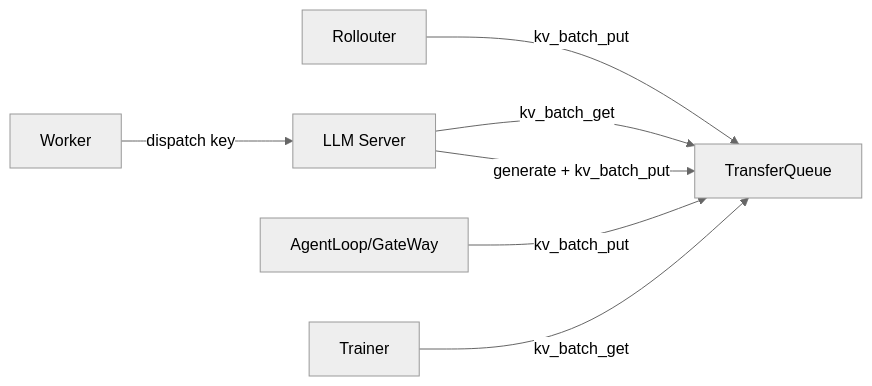
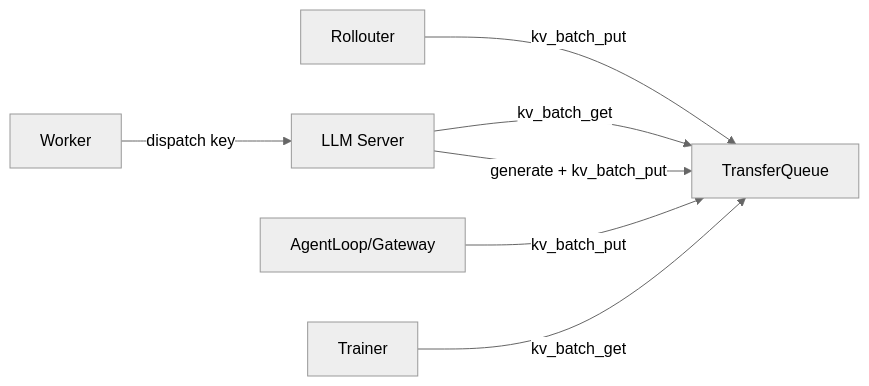
The third of 6 diagrams in verl/experimental/fully_async_policy_tq/README.md (meituan-search/verl), drawn with Mermaid (neutral theme) before and after one commit. The commit also changed other lines of this file, not shown here.

````diff
--- a/verl/experimental/fully_async_policy_tq/README.md
+++ b/verl/experimental/fully_async_policy_tq/README.md
@@ -123,9 +123,9 @@
 ```mermaid
 graph LR
     R[Rollouter] -->|kv_batch_put| TQ[TransferQueue]
     W[Worker] -->|dispatch key| S[LLM Server]
     S -->|kv_batch_get| TQ
     S -->|generate + kv_batch_put| TQ
-    A[AgentLoop/GateWay] -->|kv_batch_put| TQ
+    A[AgentLoop/Gateway] -->|kv_batch_put| TQ
     T[Trainer] -->|kv_batch_get| TQ
 ```
````
